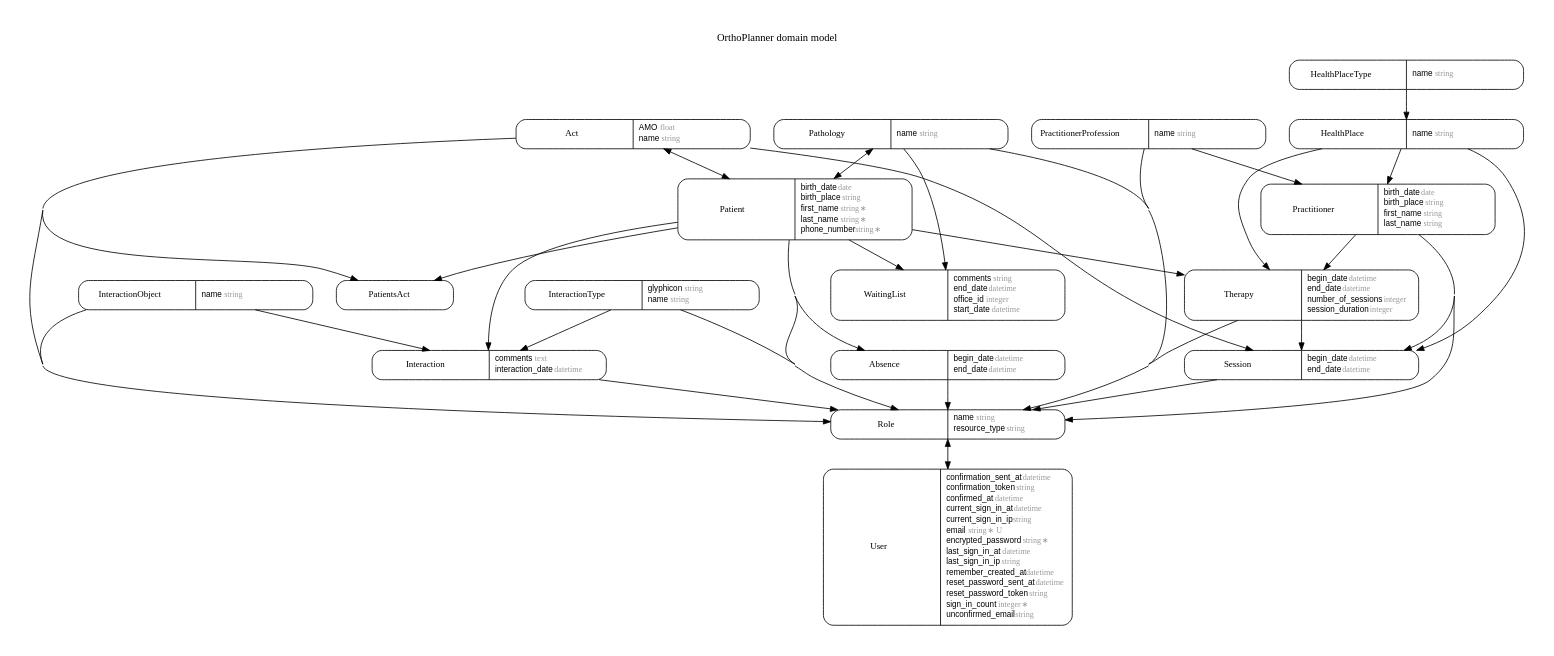
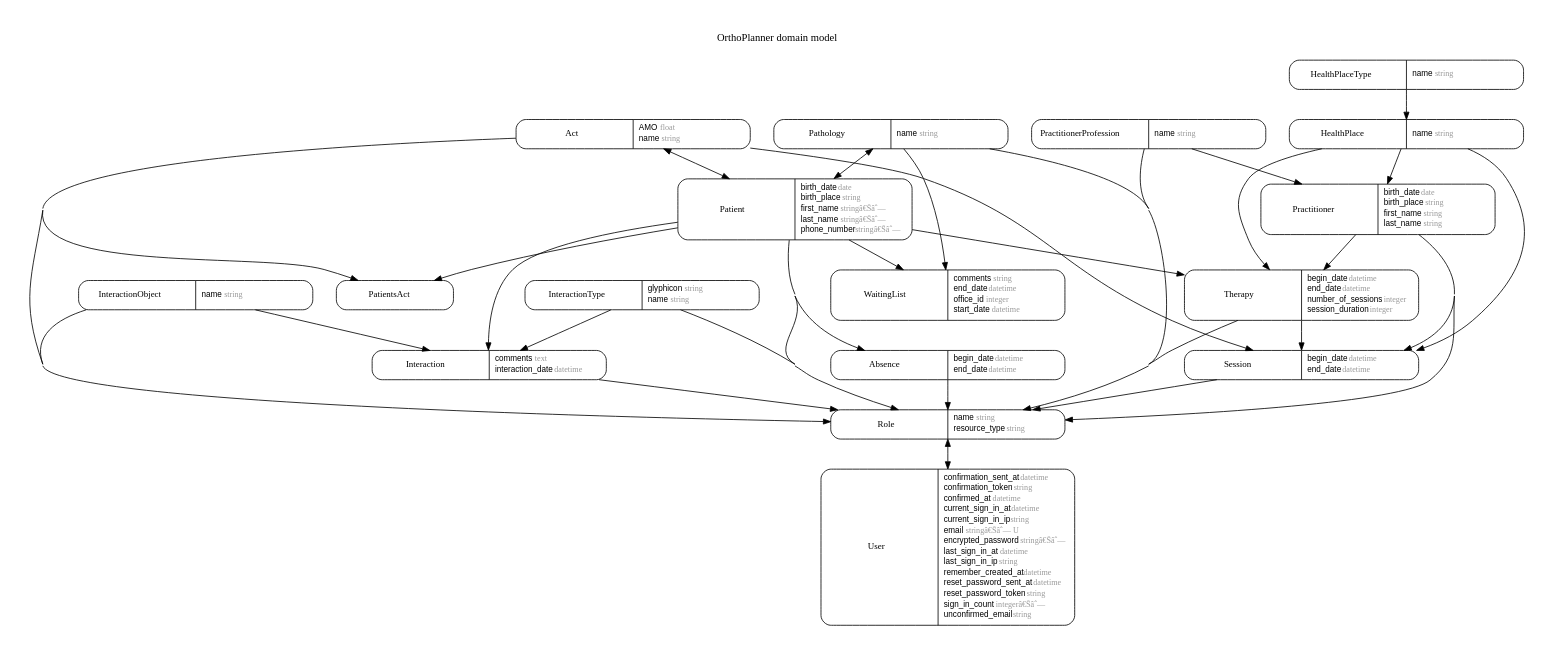
Before and after one commit to gcrochemore/ortho-planner: the diagram in erd.dot, drawn with Graphviz. The commit also changed 2 other files, not shown here.

```diff
--- a/erd.dot
+++ b/erd.dot
@@ -87,9 +87,9 @@
 <table border="0" align="left" cellspacing="2" cellpadding="0" width="134">
   <tr><td align="left" width="130" port="birth_date">birth_date <font face="Arial Italic" color="grey60">date</font></td></tr>
   <tr><td align="left" width="130" port="birth_place">birth_place <font face="Arial Italic" color="grey60">string</font></td></tr>
-  <tr><td align="left" width="130" port="first_name">first_name <font face="Arial Italic" color="grey60">string ∗</font></td></tr>
-  <tr><td align="left" width="130" port="last_name">last_name <font face="Arial Italic" color="grey60">string ∗</font></td></tr>
-  <tr><td align="left" width="130" port="phone_number">phone_number <font face="Arial Italic" color="grey60">string ∗</font></td></tr>
+  <tr><td align="left" width="130" port="first_name">first_name <font face="Arial Italic" color="grey60">stringâ€Šâˆ—</font></td></tr>
+  <tr><td align="left" width="130" port="last_name">last_name <font face="Arial Italic" color="grey60">stringâ€Šâˆ—</font></td></tr>
+  <tr><td align="left" width="130" port="phone_number">phone_number <font face="Arial Italic" color="grey60">stringâ€Šâˆ—</font></td></tr>
 </table>
 >];
 m_PatientsAct [label = <<table border="0" align="center" cellspacing="0.5" cellpadding="0" width="134">
@@ -154,14 +154,14 @@
   <tr><td align="left" width="130" port="confirmed_at">confirmed_at <font face="Arial Italic" color="grey60">datetime</font></td></tr>
   <tr><td align="left" width="130" port="current_sign_in_at">current_sign_in_at <font face="Arial Italic" color="grey60">datetime</font></td></tr>
   <tr><td align="left" width="130" port="current_sign_in_ip">current_sign_in_ip <font face="Arial Italic" color="grey60">string</font></td></tr>
-  <tr><td align="left" width="130" port="email">email <font face="Arial Italic" color="grey60">string ∗ U</font></td></tr>
-  <tr><td align="left" width="130" port="encrypted_password">encrypted_password <font face="Arial Italic" color="grey60">string ∗</font></td></tr>
+  <tr><td align="left" width="130" port="email">email <font face="Arial Italic" color="grey60">stringâ€Šâˆ— U</font></td></tr>
+  <tr><td align="left" width="130" port="encrypted_password">encrypted_password <font face="Arial Italic" color="grey60">stringâ€Šâˆ—</font></td></tr>
   <tr><td align="left" width="130" port="last_sign_in_at">last_sign_in_at <font face="Arial Italic" color="grey60">datetime</font></td></tr>
   <tr><td align="left" width="130" port="last_sign_in_ip">last_sign_in_ip <font face="Arial Italic" color="grey60">string</font></td></tr>
   <tr><td align="left" width="130" port="remember_created_at">remember_created_at <font face="Arial Italic" color="grey60">datetime</font></td></tr>
   <tr><td align="left" width="130" port="reset_password_sent_at">reset_password_sent_at <font face="Arial Italic" color="grey60">datetime</font></td></tr>
   <tr><td align="left" width="130" port="reset_password_token">reset_password_token <font face="Arial Italic" color="grey60">string</font></td></tr>
-  <tr><td align="left" width="130" port="sign_in_count">sign_in_count <font face="Arial Italic" color="grey60">integer ∗</font></td></tr>
+  <tr><td align="left" width="130" port="sign_in_count">sign_in_count <font face="Arial Italic" color="grey60">integerâ€Šâˆ—</font></td></tr>
   <tr><td align="left" width="130" port="unconfirmed_email">unconfirmed_email <font face="Arial Italic" color="grey60">string</font></td></tr>
 </table>
 >];
```
